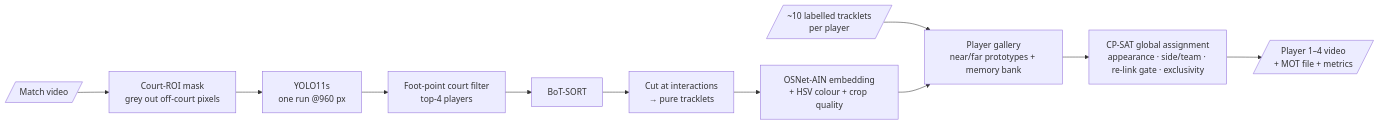
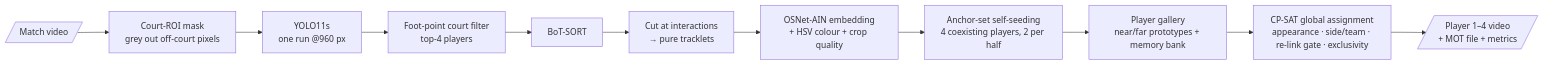
One commit to DeepMathukiya/padel-player-reid changed the first of 2 diagrams in README.md. Above: the diagram before and after it, drawn with Mermaid. The commit also changed other lines of this file and 31 other files, not shown here.

````diff
--- a/README.md
+++ b/README.md
@@ -11,13 +13,13 @@
 ```mermaid
 flowchart LR
     V[/Match video/] --> M["Court-ROI mask<br/>grey out off-court pixels"]
     M --> D["YOLO11s<br/>one run @960 px"]
     D --> F["Foot-point court filter<br/>top-4 players"]
     F --> T["BoT-SORT"]
     T --> C["Cut at interactions<br/>→ pure tracklets"]
     C --> E["OSNet-AIN embedding<br/>+ HSV colour + crop quality"]
-    S[/"~10 labelled tracklets<br/>per player"/] --> G
-    E --> G["Player gallery<br/>near/far prototypes + memory bank"]
+    E --> S["Anchor-set self-seeding<br/>4 coexisting players, 2 per half"]
+    S --> G["Player gallery<br/>near/far prototypes + memory bank"]
     G --> A["CP-SAT global assignment<br/>appearance · side/team · re-link gate · exclusivity"]
     A --> O[/"Player 1–4 video<br/>+ MOT file + metrics"/]
 ```
````
